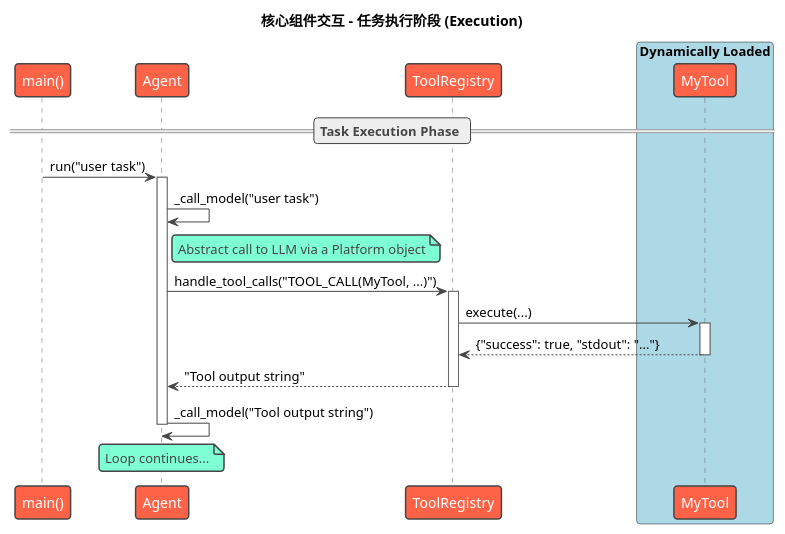
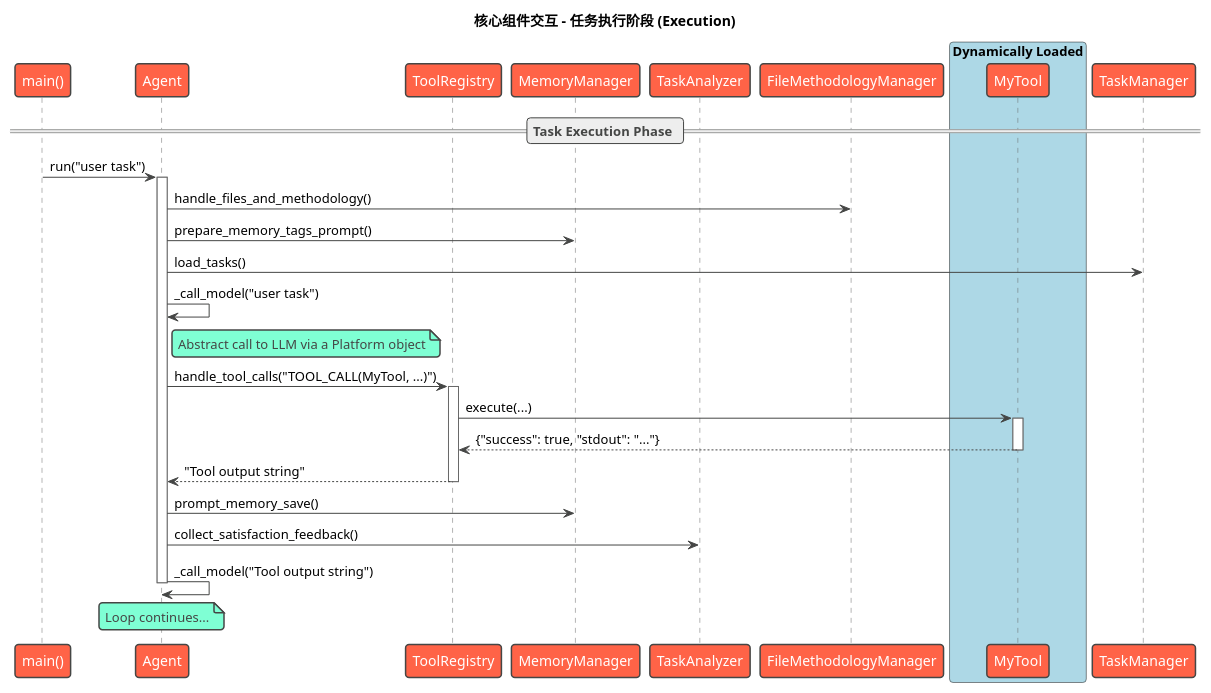
One commit to skyfireitdiy/Jarvis changed the third of 3 diagrams in docs/jarvis_book/3.核心概念与架构.md. Above: the diagram before and after it, drawn with PlantUML. The commit also changed other lines of this file, not shown here.

````diff
--- a/docs/jarvis_book/3.核心概念与架构.md
+++ b/docs/jarvis_book/3.核心概念与架构.md
@@ -309,34 +433,44 @@
 ```plantuml
 @startuml
 !theme vibrant
 title 核心组件交互 - 任务执行阶段 (Execution)
 
 participant "main()" as Main
 participant "Agent" as Agent
 participant "ToolRegistry" as ToolRegistry
+participant "MemoryManager" as MemoryManager
+participant "TaskAnalyzer" as TaskAnalyzer
+participant "FileMethodologyManager" as FileMethodologyManager
 
 box "Dynamically Loaded" #LightBlue
     participant "MyTool" as Tool
 end box
 
 == Task Execution Phase ==
 Main -> Agent : run("user task")
 activate Agent
+
+Agent -> FileMethodologyManager : handle_files_and_methodology()
+Agent -> MemoryManager : prepare_memory_tags_prompt()
+Agent -> TaskManager : load_tasks()
 
 Agent -> Agent : _call_model("user task")
 note right of Agent: Abstract call to LLM via a Platform object
 
 Agent -> ToolRegistry : handle_tool_calls("TOOL_CALL(MyTool, ...)")
 activate ToolRegistry
 ToolRegistry -> Tool : execute(...)
 activate Tool
 Tool --> ToolRegistry : {"success": true, "stdout": "..."}
 deactivate Tool
 ToolRegistry --> Agent : "Tool output string"
 deactivate ToolRegistry
 
+Agent -> MemoryManager : prompt_memory_save()
+Agent -> TaskAnalyzer : collect_satisfaction_feedback()
+
 Agent -> Agent : _call_model("Tool output string")
 note over Agent : Loop continues...
 deactivate Agent
 @enduml
 ```
````
